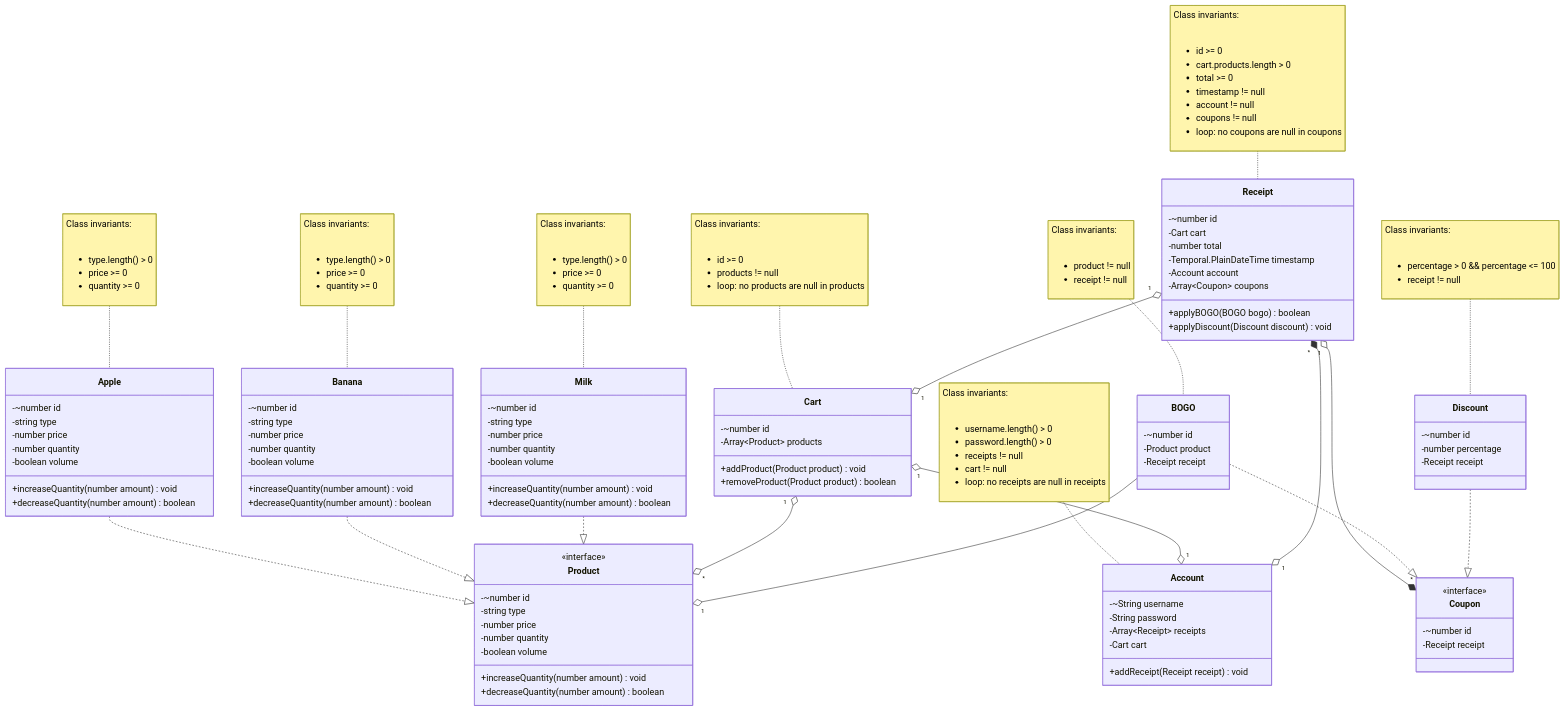
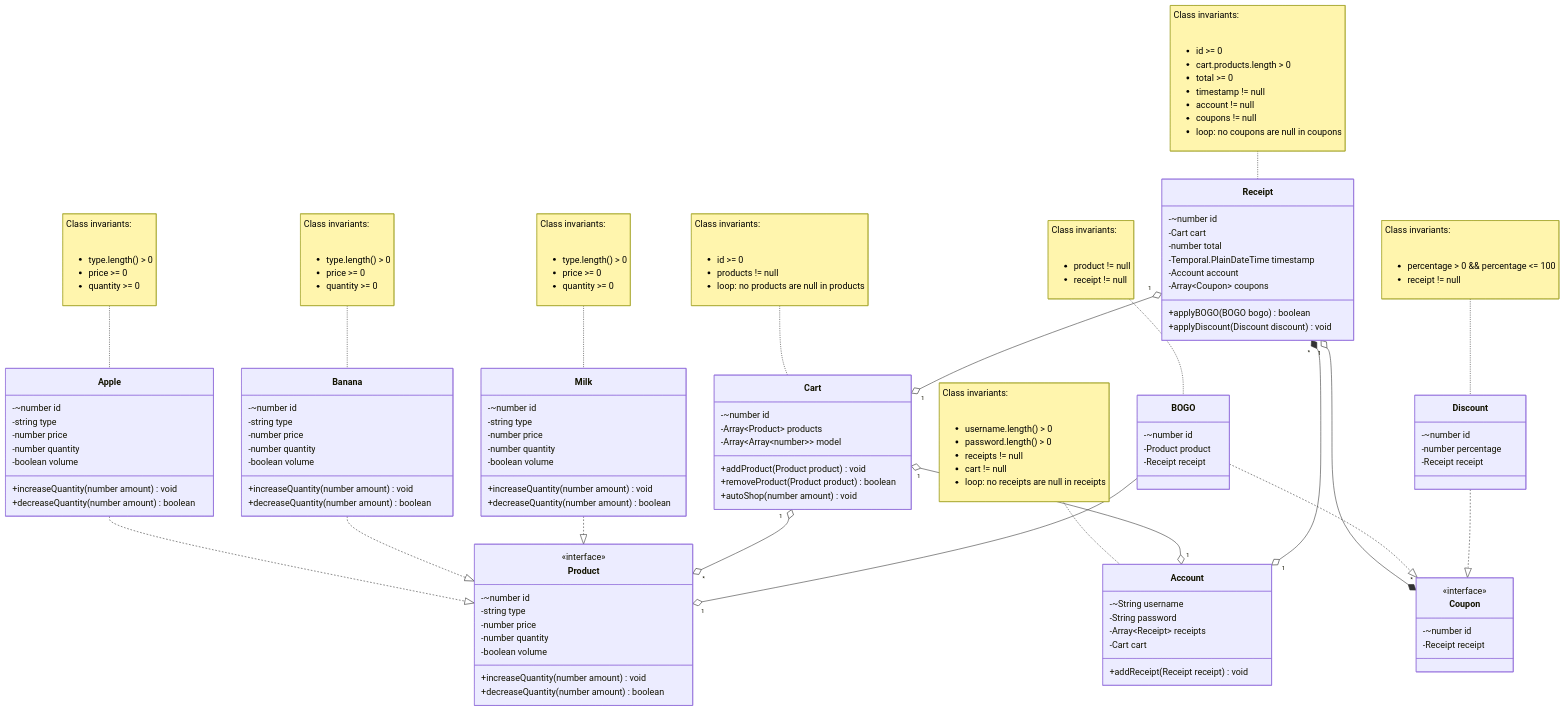
The diagram in 2452-pos/domain.md (samanthaegilson/COMP-2452), drawn with Mermaid before and after one commit. The commit also changed other lines of this file and 15 other files, not shown here.

```diff
--- a/2452-pos/domain.md
+++ b/2452-pos/domain.md
@@ -77,9 +77,11 @@
   class Cart {
     -~number id
     -Array~Product~ products
+    -Array~Array~number~~ model
 
     +addProduct(Product product) void
     +removeProduct(Product product) boolean
+    +autoShop(number amount) void
   }
   Cart "1" o--o "*" Product
   Cart "1" o--o "1" Account
```
